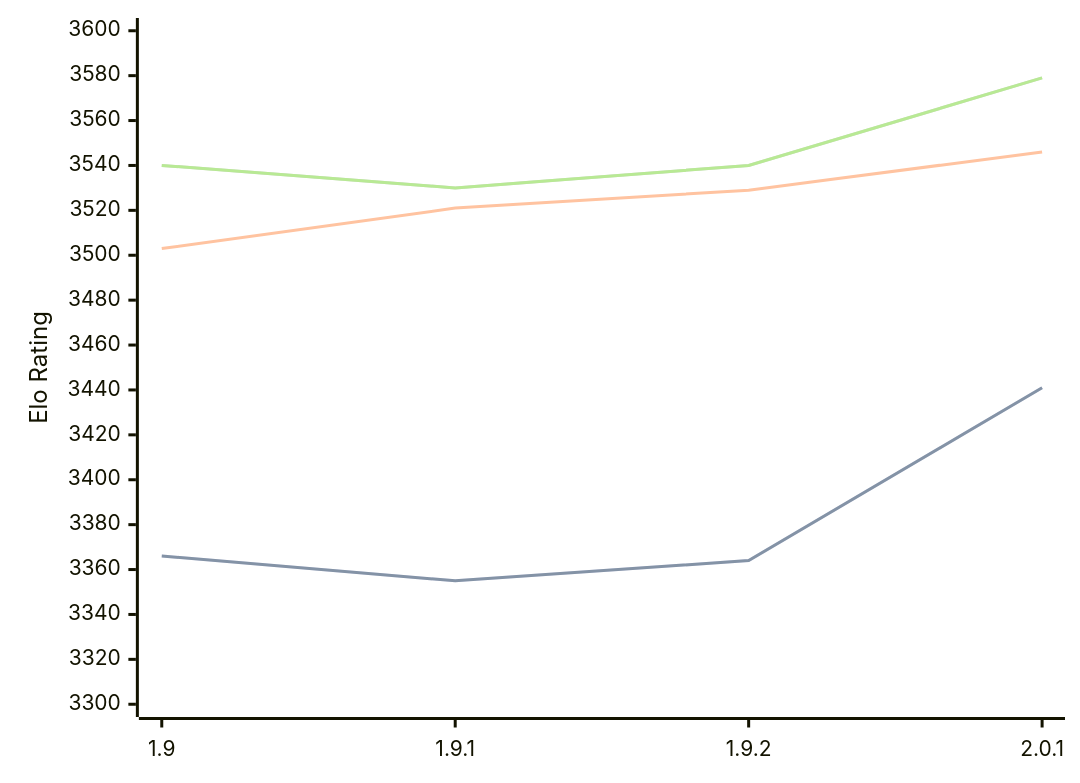
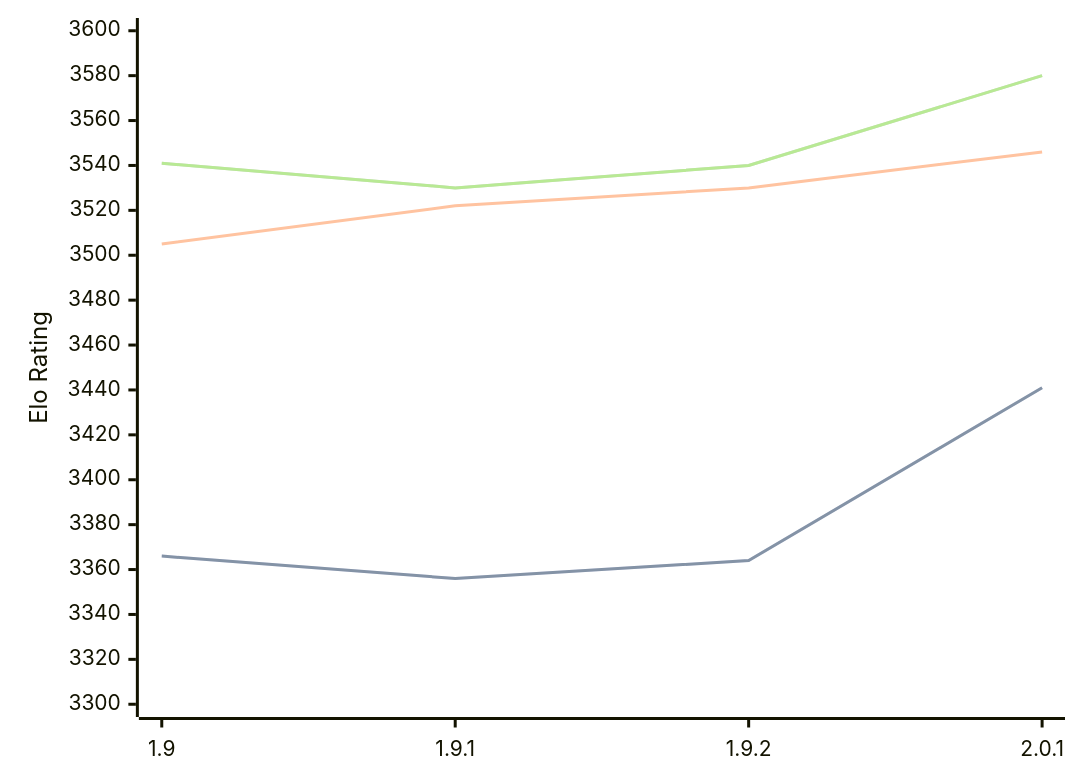
The diagram in engines/Pawnocchio.md (computer-chess-index/cci), drawn with Mermaid before and after one commit. The commit also changed other lines of this file, not shown here.

Commit message:
Update CCI Ratings (ELO VLTC) - 2026-07-31

````diff
--- a/engines/Pawnocchio.md
+++ b/engines/Pawnocchio.md
@@ -50,11 +50,11 @@
 ```mermaid
 %%{init: {"theme":"base","themeVariables":{"seriesColors:['#a3a3a3','#222221','#faa371']}}}%%
 xychart-beta
   x-axis ["1.9", "1.9.1", "1.9.2", "2.0.1"]
   y-axis "Elo Rating" 3300 --> 3600
-  line "STC (8.0+0.08s)" [3366, 3355, 3364, 3441]
-  line "STC (8.0+0.08s)" [3366, 3355, 3364, 3441]
-  line "LTC (60.0+0.60s)" [3503, 3521, 3529, 3546]
-  line "VLTC (2m24s+1.12s)" [3540, 3530, 3540, 3579]
-  line "VLTC (2m24s+1.12s)" [3540, 3530, 3540, 3579]
+  line "STC (8.0+0.08s)" [3366, 3356, 3364, 3441]
+  line "STC (8.0+0.08s)" [3366, 3356, 3364, 3441]
+  line "LTC (60.0+0.60s)" [3505, 3522, 3530, 3546]
+  line "VLTC (2m24s+1.12s)" [3541, 3530, 3540, 3580]
+  line "VLTC (2m24s+1.12s)" [3541, 3530, 3540, 3580]
 ```
````
